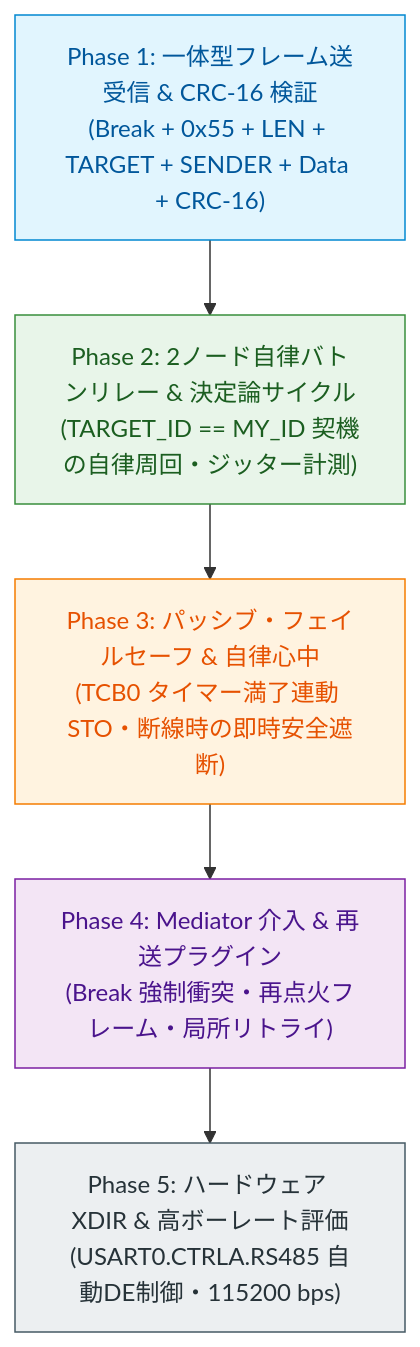
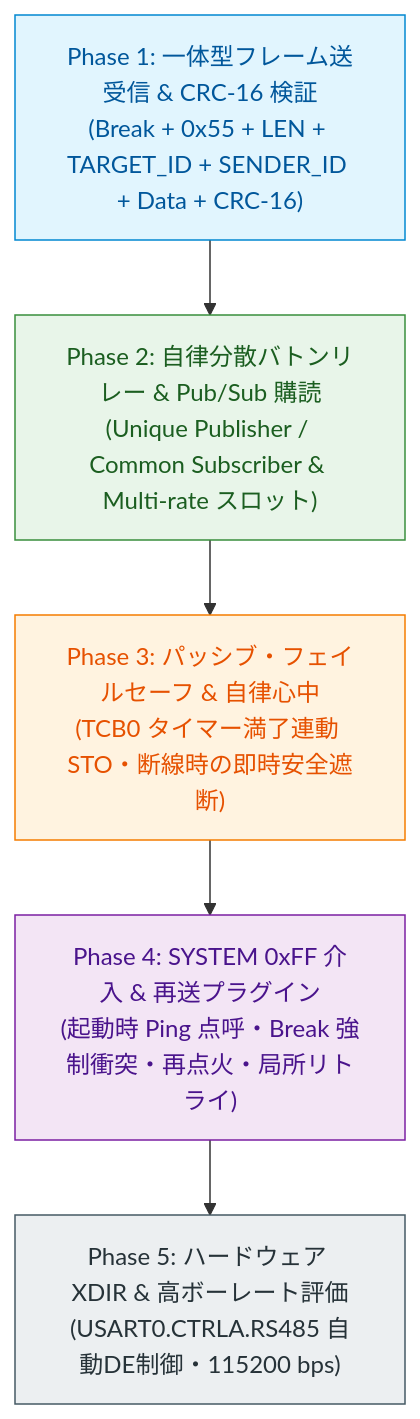
Before and after one commit to Masafuro/ADX: the diagram in firmware/tests/ADX_Core-D/DROP/PLAN/DROP_DEVELOPMENT_PLAN.md, drawn with Mermaid. The commit also changed other lines of this file and 33 other files, not shown here.

````diff
--- a/firmware/tests/ADX_Core-D/DROP/PLAN/DROP_DEVELOPMENT_PLAN.md
+++ b/firmware/tests/ADX_Core-D/DROP/PLAN/DROP_DEVELOPMENT_PLAN.md
@@ -20,16 +20,16 @@
 ```mermaid
 flowchart TD
-    P1["Phase 1: 一体型フレーム送受信 & CRC-16 検証<br/>(Break + 0x55 + LEN + TARGET + SENDER + Data + CRC-16)"]
-    P2["Phase 2: 2ノード自律バトンリレー & 決定論サイクル<br/>(TARGET_ID == MY_ID 契機の自律周回・ジッター計測)"]
+    P1["Phase 1: 一体型フレーム送受信 & CRC-16 検証<br/>(Break + 0x55 + LEN + TARGET_ID + SENDER_ID + Data + CRC-16)"]
+    P2["Phase 2: 自律分散バトンリレー & Pub/Sub 購読<br/>(Unique Publisher / Common Subscriber & Multi-rate スロット)"]
     P3["Phase 3: パッシブ・フェイルセーフ & 自律心中<br/>(TCB0 タイマー満了連動 STO・断線時の即時安全遮断)"]
-    P4["Phase 4: Mediator 介入 & 再送プラグイン<br/>(Break 強制衝突・再点火フレーム・局所リトライ)"]
+    P4["Phase 4: SYSTEM 0xFF 介入 & 再送プラグイン<br/>(起動時 Ping 点呼・Break 強制衝突・再点火・局所リトライ)"]
     P5["Phase 5: ハードウェア XDIR & 高ボーレート評価<br/>(USART0.CTRLA.RS485 自動DE制御・115200 bps)"]
 
     P1 --> P2 --> P3 --> P4 --> P5
 
     style P1 fill:#e1f5fe,stroke:#0288d1,color:#01579b
     style P2 fill:#e8f5e9,stroke:#388e3c,color:#1b5e20
     style P3 fill:#fff3e0,stroke:#f57c00,color:#e65100
     style P4 fill:#f3e5f5,stroke:#7b1fa2,color:#4a148c
     style P5 fill:#eceff1,stroke:#455a64,color:#263238
 ```
````
